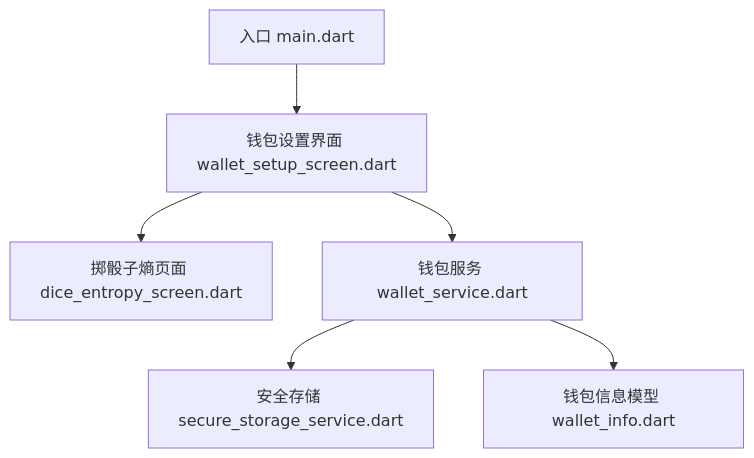
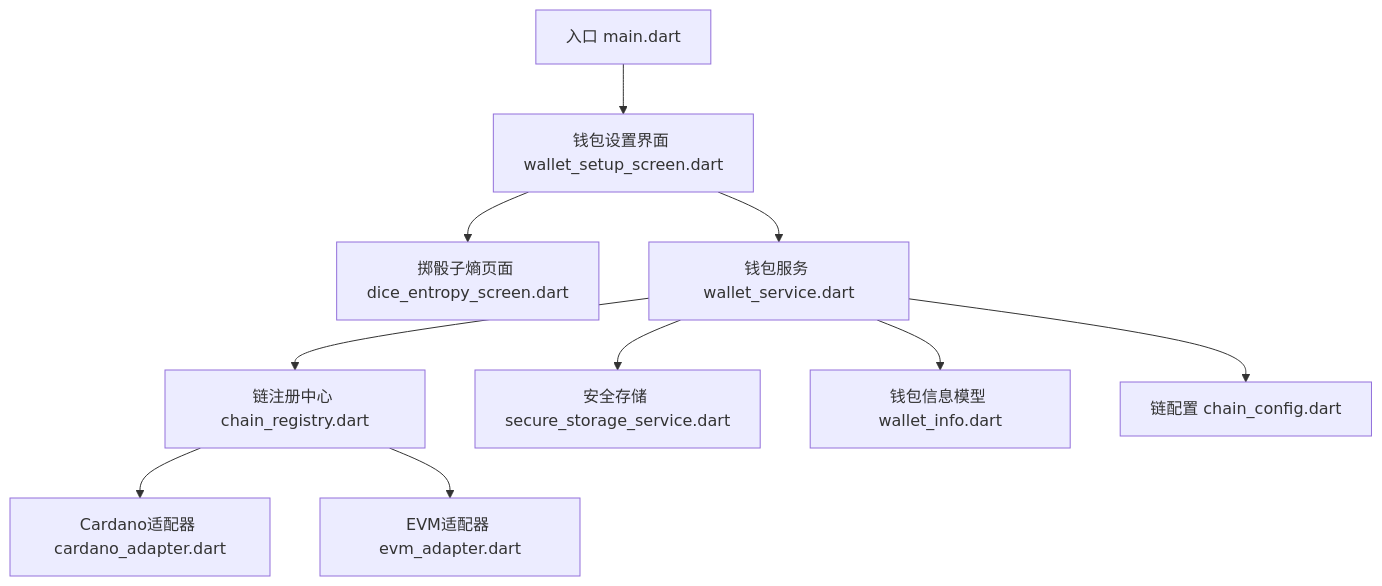
Before and after one commit to EqualToEthan/stasis: the first of 5 diagrams in .qoder/repowiki/zh/content/用户界面/冷钱包App界面/钱包设置界面.md, drawn with Mermaid. The commit also changed other lines of this file and 40 other files, not shown here.

````diff
--- a/.qoder/repowiki/zh/content/用户界面/冷钱包App界面/钱包设置界面.md
+++ b/.qoder/repowiki/zh/content/用户界面/冷钱包App界面/钱包设置界面.md
@@ -44,8 +59,12 @@
 ```mermaid
 graph TB
 A["入口 main.dart"] --> B["钱包设置界面 wallet_setup_screen.dart"]
 B --> C["掷骰子熵页面 dice_entropy_screen.dart"]
 B --> D["钱包服务 wallet_service.dart"]
-D --> E["安全存储 secure_storage_service.dart"]
-D --> F["钱包信息模型 wallet_info.dart"]
+D --> E["链注册中心 chain_registry.dart"]
+E --> F["Cardano适配器 cardano_adapter.dart"]
+E --> G["EVM适配器 evm_adapter.dart"]
+D --> H["安全存储 secure_storage_service.dart"]
+D --> I["钱包信息模型 wallet_info.dart"]
+D --> J["链配置 chain_config.dart"]
 ```
````
